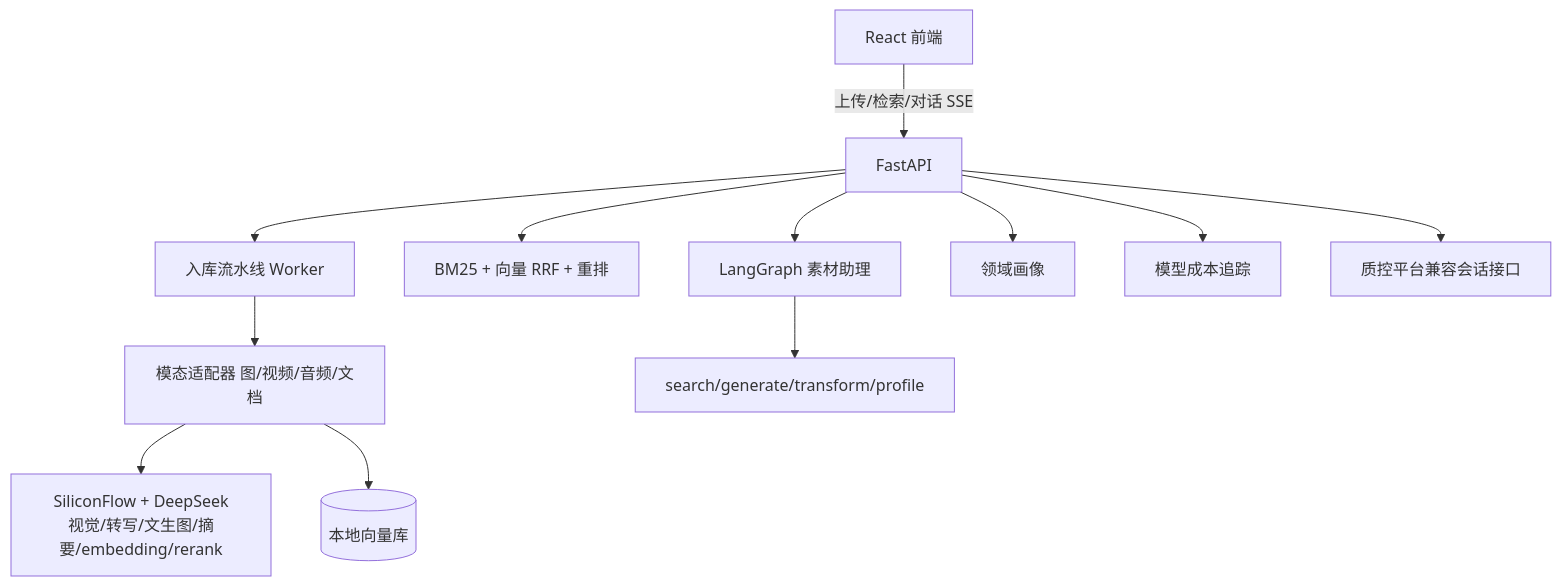
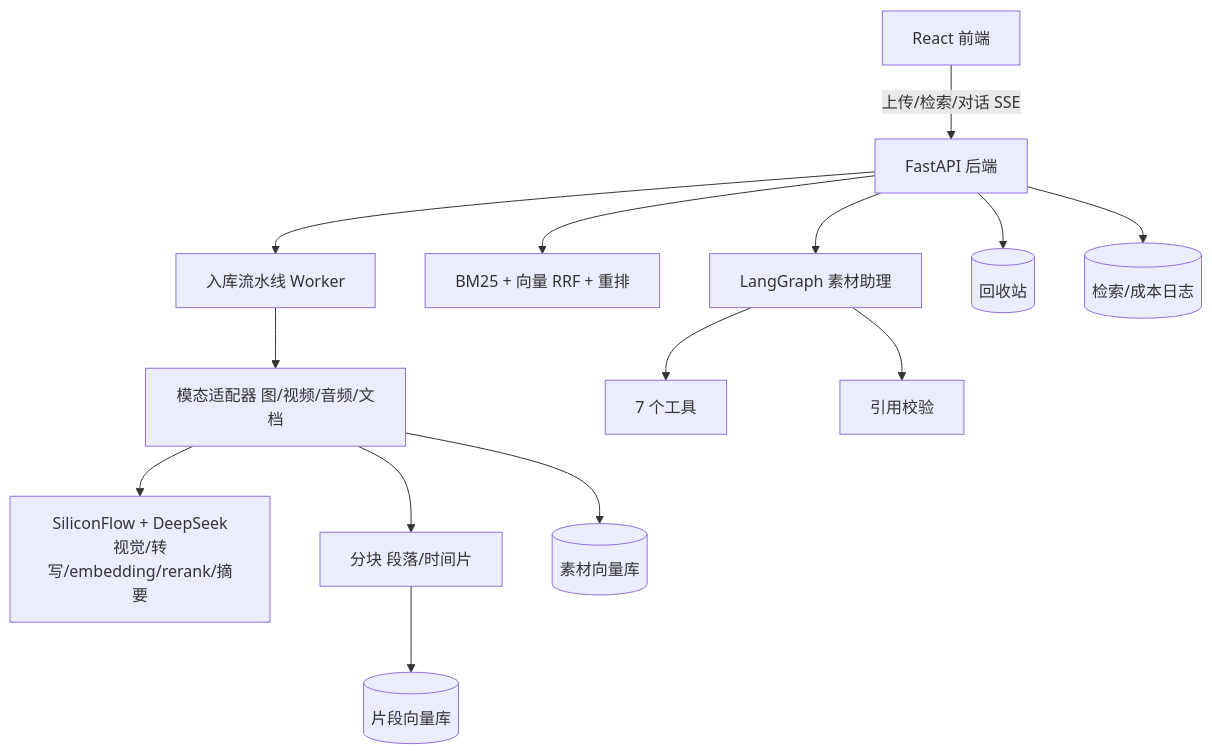
The diagram in README.md (yerouguozi/multimodal-asset-agent), drawn with Mermaid before and after one commit. The commit also changed other lines of this file, not shown here.

````diff
--- a/README.md
+++ b/README.md
@@ -85,14 +36,16 @@
 ```mermaid
 graph TD
-    UI[React 前端] -->|上传/检索/对话 SSE| API[FastAPI]
+    UI[React 前端] -->|上传/检索/对话 SSE| API[FastAPI 后端]
     API --> PIPE[入库流水线 Worker]
     PIPE --> PROC[模态适配器 图/视频/音频/文档]
-    PROC --> LLM[SiliconFlow + DeepSeek<br/>视觉/转写/文生图/摘要/embedding/rerank]
-    PROC --> VS[(本地向量库)]
+    PROC --> LLM[SiliconFlow + DeepSeek<br/>视觉/转写/embedding/rerank/摘要]
+    PROC --> CHUNK[分块 段落/时间片]
+    CHUNK --> CV[(片段向量库)]
+    PROC --> VS[(素材向量库)]
     API --> SEARCH[BM25 + 向量 RRF + 重排]
     API --> AGENT[LangGraph 素材助理]
-    AGENT --> TOOLS[search/generate/transform/profile]
-    API --> DOMAIN[领域画像]
-    API --> USAGE[模型成本追踪]
-    API --> QC[质控平台兼容会话接口]
+    AGENT --> TOOLS[7 个工具]
+    AGENT --> CHECK[引用校验]
+    API --> TRASH[(回收站)]
+    API --> LOG[(检索/成本日志)]
 ```
````
